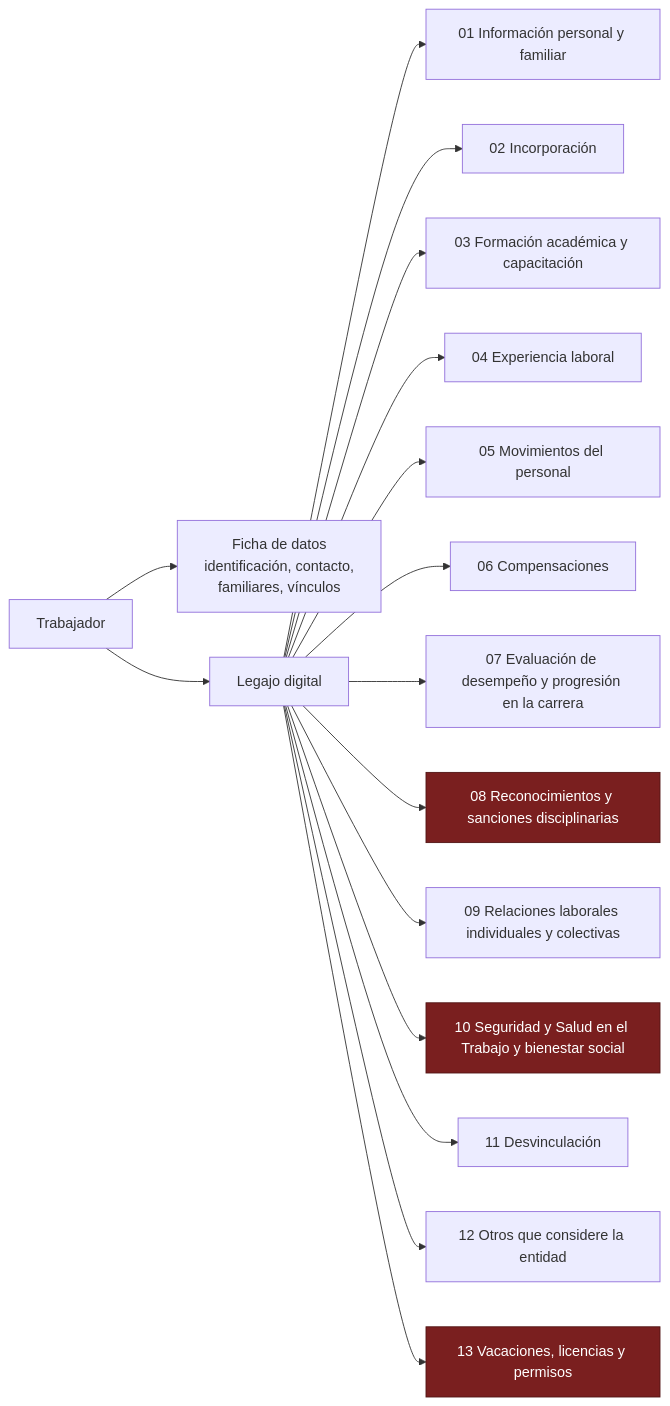
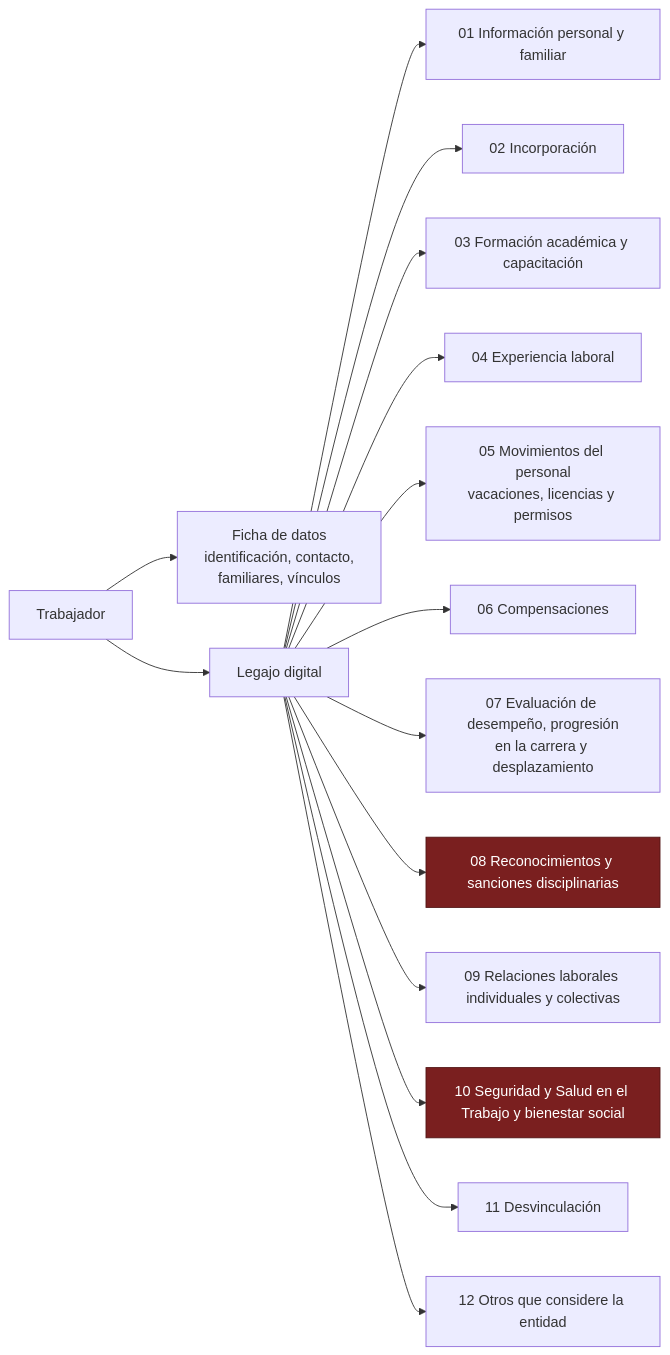
The third of 22 diagrams in README.md (Jose27luis/legajo), drawn with Mermaid before and after one commit. The commit also changed other lines of this file, not shown here.

````diff
--- a/README.md
+++ b/README.md
@@ -135,21 +135,20 @@
 ```mermaid
 flowchart LR
     T["Trabajador"] --> F["Ficha de datos<br/>identificación, contacto,<br/>familiares, vínculos"]
     T --> L["Legajo digital"]
     L --> S01["01 Información personal y familiar"]
     L --> S02["02 Incorporación"]
     L --> S03["03 Formación académica y capacitación"]
     L --> S04["04 Experiencia laboral"]
-    L --> S05["05 Movimientos del personal"]
+    L --> S05["05 Movimientos del personal<br/>vacaciones, licencias y permisos"]
     L --> S06["06 Compensaciones"]
-    L --> S07["07 Evaluación de desempeño y progresión en la carrera"]
+    L --> S07["07 Evaluación de desempeño, progresión<br/>en la carrera y desplazamiento"]
     L --> S08["08 Reconocimientos y sanciones disciplinarias"]
     L --> S09["09 Relaciones laborales individuales y colectivas"]
     L --> S10["10 Seguridad y Salud en el Trabajo y bienestar social"]
     L --> S11["11 Desvinculación"]
     L --> S12["12 Otros que considere la entidad"]
-    L --> S13["13 Vacaciones, licencias y permisos"]
 
     classDef restringida fill:#7a1f1f,stroke:#521414,color:#ffffff
-    class S08,S10,S13 restringida
+    class S08,S10 restringida
 ```
````
